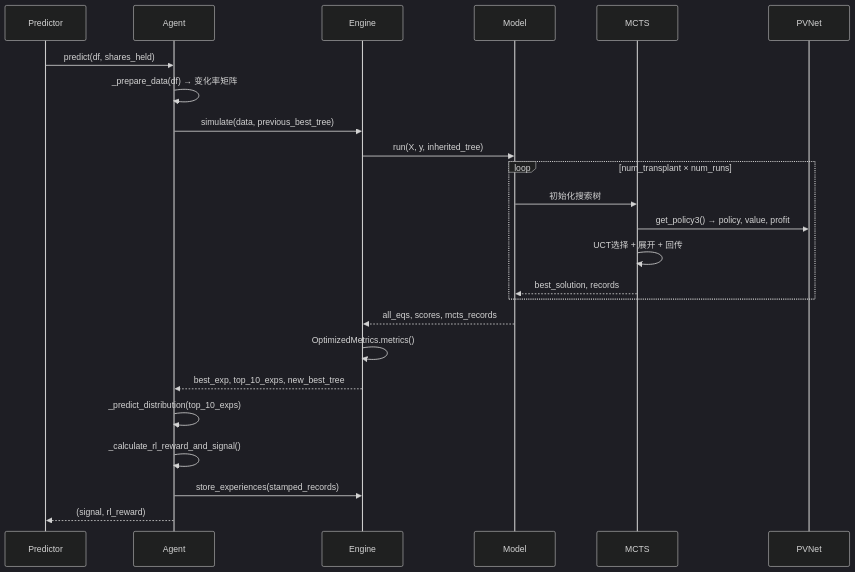
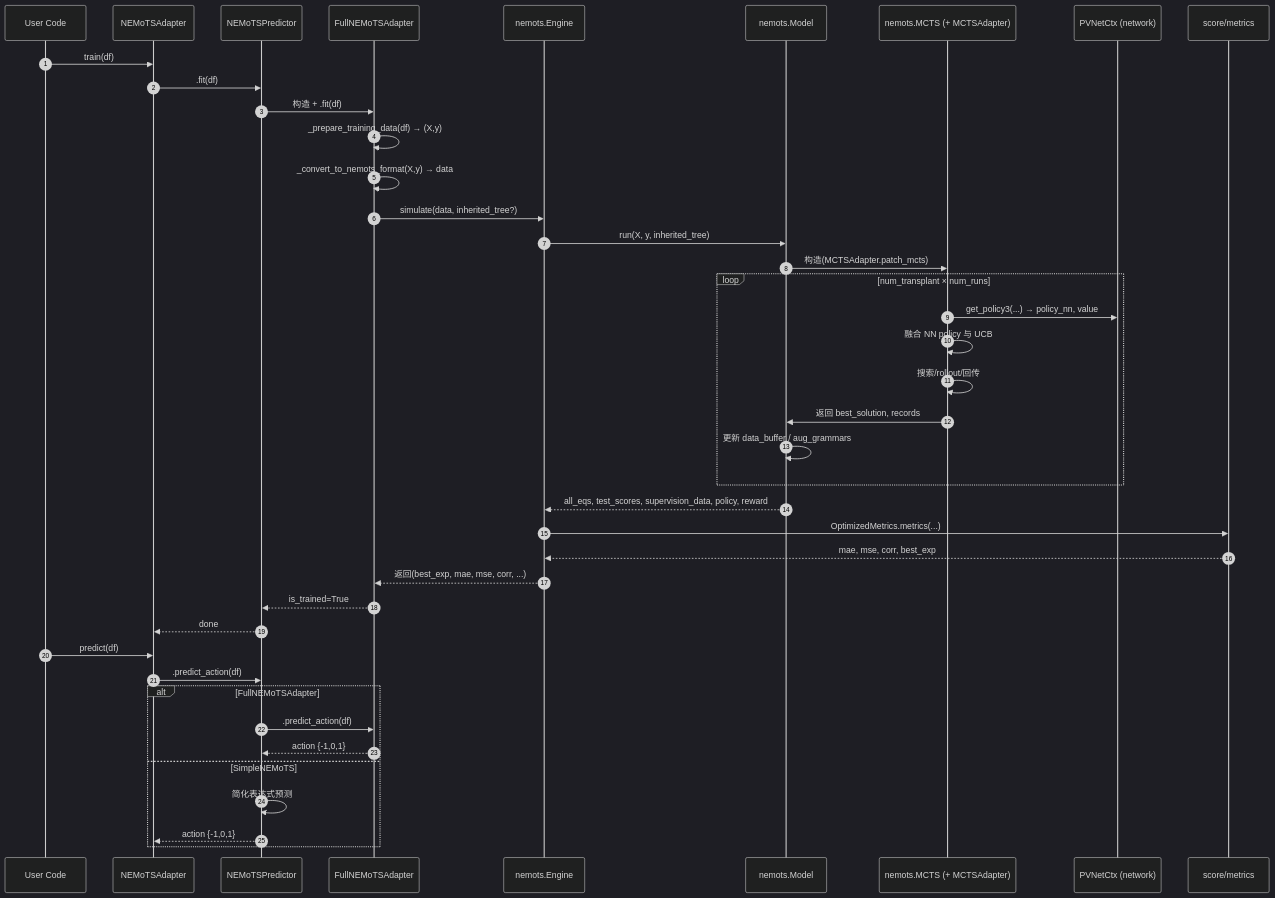
Before and after one commit to JNU-Tangyin/eata: the fourth of 4 diagrams in README.md, drawn with Mermaid (dark theme). The commit also changed other lines of this file and 954 other files, not shown here.

First line of the commit message:
``` docs: 大幅精简 README，聚焦核心架构与流程图

````diff
--- a/README.md
+++ b/README.md
@@ -231,30 +172,47 @@
 ```mermaid
 sequenceDiagram
-    participant P as Predictor
-    participant A as Agent
-    participant E as Engine
-    participant M as Model
-    participant MCTS as MCTS
-    participant Net as PVNet
-  
-    P->>A: predict(df, shares_held)
-    A->>A: _prepare_data(df) → 变化率矩阵
-    A->>E: simulate(data, previous_best_tree)
-    E->>M: run(X, y, inherited_tree)
-  
+    autonumber
+    participant User as User Code
+    participant Adapter as NEMoTSAdapter
+    participant Pred as NEMoTSPredictor
+    participant Full as FullNEMoTSAdapter
+    participant Eng as nemots.Engine
+    participant Mod as nemots.Model
+    participant MCTS as nemots.MCTS (+ MCTSAdapter)
+    participant Net as PVNetCtx (network)
+    participant Score as score/metrics
+
+    User->>Adapter: train(df)
+    Adapter->>Pred: .fit(df)
+    Pred->>Full: 构造 + .fit(df)
+    Full->>Full: _prepare_training_data(df) → (X,y)
+    Full->>Full: _convert_to_nemots_format(X,y) → data
+    Full->>Eng: simulate(data, inherited_tree?)
+
+    Eng->>Mod: run(X, y, inherited_tree)
+    Mod->>MCTS: 构造(MCTSAdapter.patch_mcts)
     loop num_transplant × num_runs
-        M->>MCTS: 初始化搜索树
-        MCTS->>Net: get_policy3() → policy, value, profit
-        MCTS->>MCTS: UCT选择 + 展开 + 回传
-        MCTS-->>M: best_solution, records
+        MCTS->>Net: get_policy3(...) → policy_nn, value
+        MCTS->>MCTS: 融合 NN policy 与 UCB
+        MCTS->>MCTS: 搜索/rollout/回传
+        MCTS->>Mod: 返回 best_solution, records
+        Mod->>Mod: 更新 data_buffer / aug_grammars
     end
-  
-    M-->>E: all_eqs, scores, mcts_records
-    E->>E: OptimizedMetrics.metrics()
-    E-->>A: best_exp, top_10_exps, new_best_tree
-  
-    A->>A: _predict_distribution(top_10_exps)
-    A->>A: _calculate_rl_reward_and_signal()
-    A->>E: store_experiences(stamped_records)
-    A-->>P: (signal, rl_reward)
+    Mod-->>Eng: all_eqs, test_scores, supervision_data, policy, reward
+    Eng->>Score: OptimizedMetrics.metrics(...)
+    Score-->>Eng: mae, mse, corr, best_exp
+    Eng-->>Full: 返回(best_exp, mae, mse, corr, ...)
+
+    Full-->>Pred: is_trained=True
+    Pred-->>Adapter: done
+
+    User->>Adapter: predict(df)
+    Adapter->>Pred: .predict_action(df)
+    alt FullNEMoTSAdapter
+        Pred->>Full: .predict_action(df)
+        Full-->>Pred: action {-1,0,1}
+    else SimpleNEMoTS
+        Pred->>Pred: 简化表达式预测
+        Pred-->>Adapter: action {-1,0,1}
+    end
 ```
````
